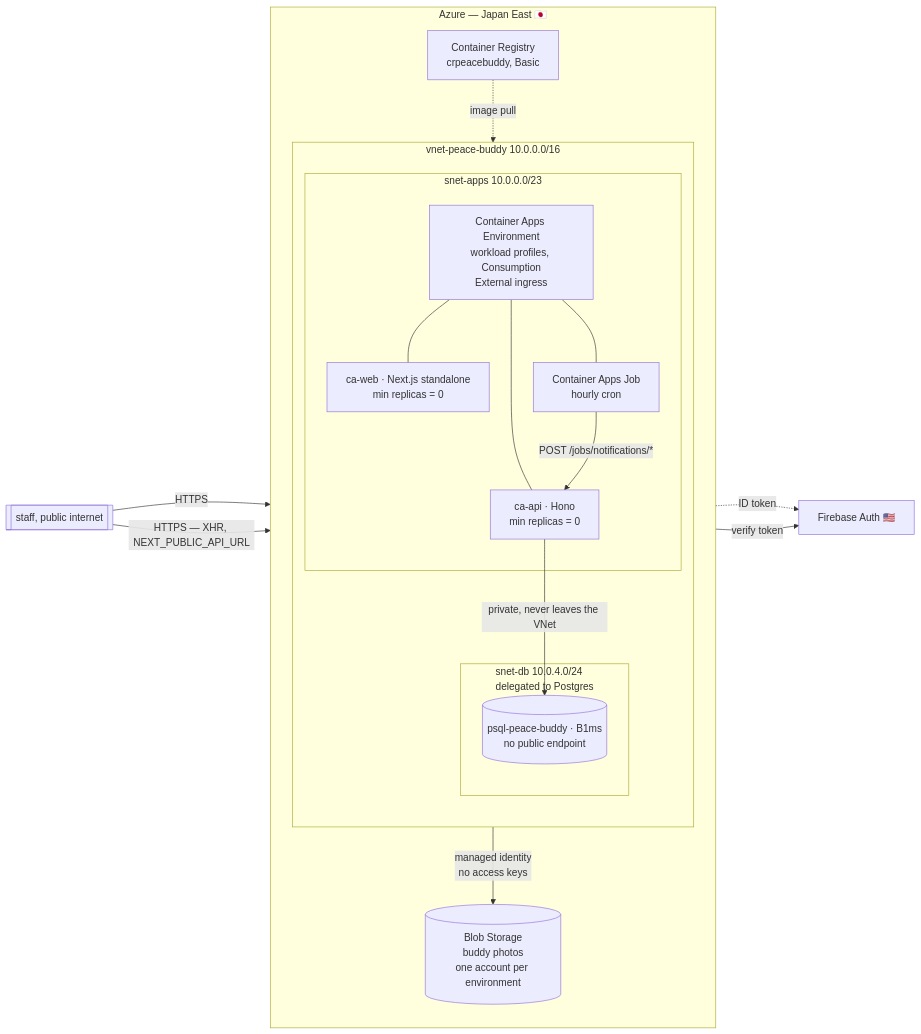
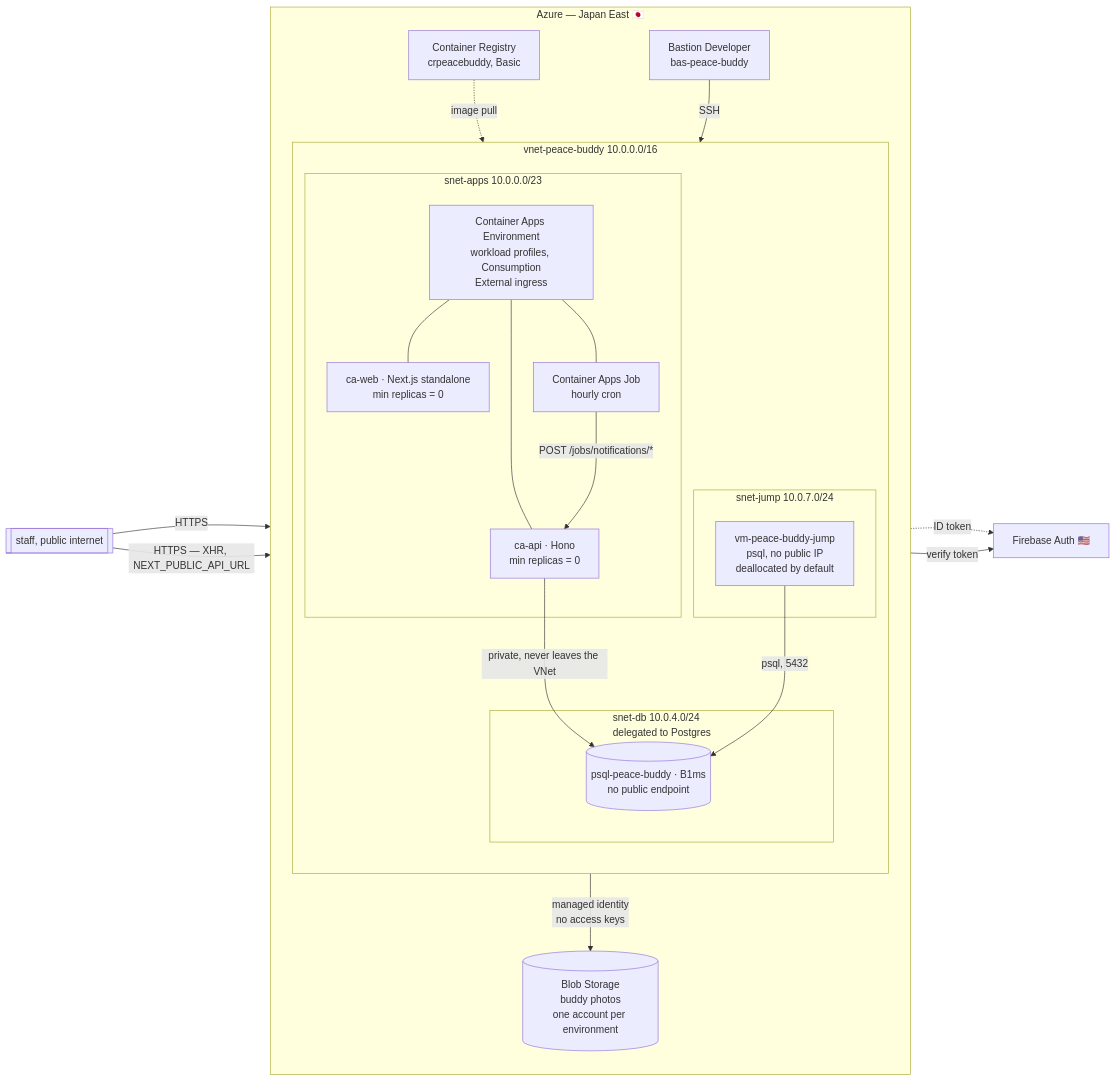
Before and after one commit to Lynns0416/buddy-app-copy: the second of 7 diagrams in docs/deploy-plan.md, drawn with Mermaid. The commit also changed other lines of this file and 5 other files, not shown here.

First line of the commit message:
chore(infra): add a jump VM behind Bastion Developer for querying the databases (#227)

````diff
--- a/docs/deploy-plan.md
+++ b/docs/deploy-plan.md
@@ -64,38 +64,44 @@
 ```mermaid
 flowchart LR
     U[["staff, public internet"]]
 
     subgraph AZ["Azure — Japan East 🇯🇵"]
         direction TB
         ACR["Container Registry<br/>crpeacebuddy, Basic"]
         BLOB[("Blob Storage<br/>buddy photos<br/>one account per environment")]
 
         subgraph VNET["vnet-peace-buddy 10.0.0.0/16"]
             direction TB
             subgraph SA["snet-apps 10.0.0.0/23"]
                 CAE["Container Apps Environment<br/>workload profiles, Consumption<br/>External ingress"]
                 W["ca-web · Next.js standalone<br/>min replicas = 0"]
                 A["ca-api · Hono<br/>min replicas = 0"]
                 J["Container Apps Job<br/>hourly cron"]
             end
             subgraph SD["snet-db 10.0.4.0/24<br/>delegated to Postgres"]
                 DB[("psql-peace-buddy · B1ms<br/>no public endpoint")]
             end
+            subgraph SJ["snet-jump 10.0.7.0/24"]
+                VM["vm-peace-buddy-jump<br/>psql, no public IP<br/>deallocated by default"]
+            end
         end
+        BAS["Bastion Developer<br/>bas-peace-buddy"]
 
         ACR -.->|image pull| CAE
         CAE --- W
         CAE --- A
         CAE --- J
         A -->|private, never leaves the VNet| DB
+        BAS -->|SSH| VM
+        VM -->|"psql, 5432"| DB
     end
 
     FA["Firebase Auth 🇺🇸"]
 
     U -->|HTTPS| W
     U -->|"HTTPS — XHR, NEXT_PUBLIC_API_URL"| A
     W -.->|ID token| FA
     A -->|verify token| FA
     A -->|managed identity<br/>no access keys| BLOB
     J -->|"POST /jobs/notifications/*"| A
 ```
````
